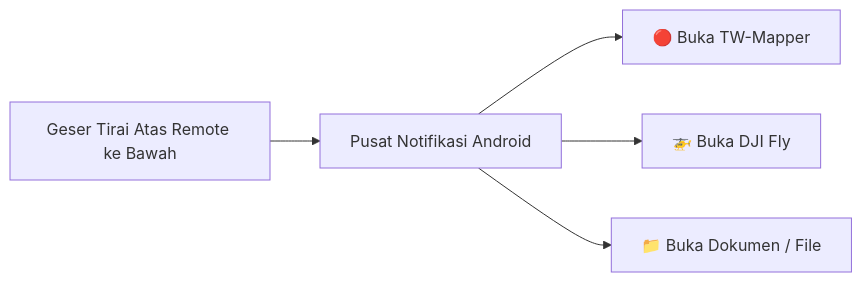
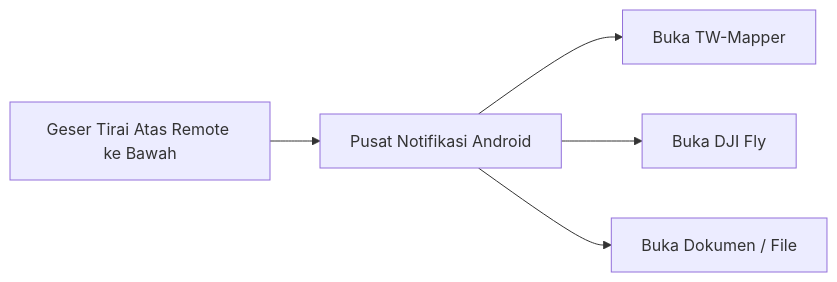
The diagram in src/content/docs/panduan-pilot/quick-navigator.md (TW-Enterprise/TW-Mapper-Mobile-Docs), drawn with Mermaid before and after one commit. The commit also changed 12 other files, not shown here.

Commit message:
fix(docs): quote all mermaid node labels and subgraph titles to prevent syntax errors

````diff
--- a/src/content/docs/panduan-pilot/quick-navigator.md
+++ b/src/content/docs/panduan-pilot/quick-navigator.md
@@ -21,7 +21,7 @@
 ```mermaid
 flowchart LR
-    A[Geser Tirai Atas Remote ke Bawah] --> B[Pusat Notifikasi Android]
-    B --> C[🔴 Buka TW-Mapper]
-    B --> D[🚁 Buka DJI Fly]
-    B --> E[📁 Buka Dokumen / File]
+    A["Geser Tirai Atas Remote ke Bawah"] --> B["Pusat Notifikasi Android"]
+    B --> C["Buka TW-Mapper"]
+    B --> D["Buka DJI Fly"]
+    B --> E["Buka Dokumen / File"]
 ```
````
